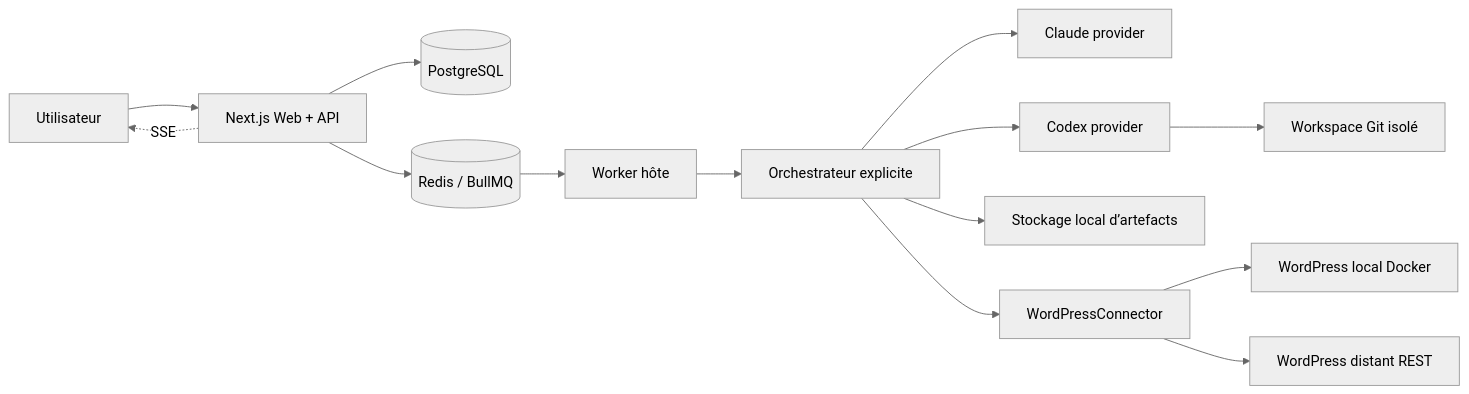
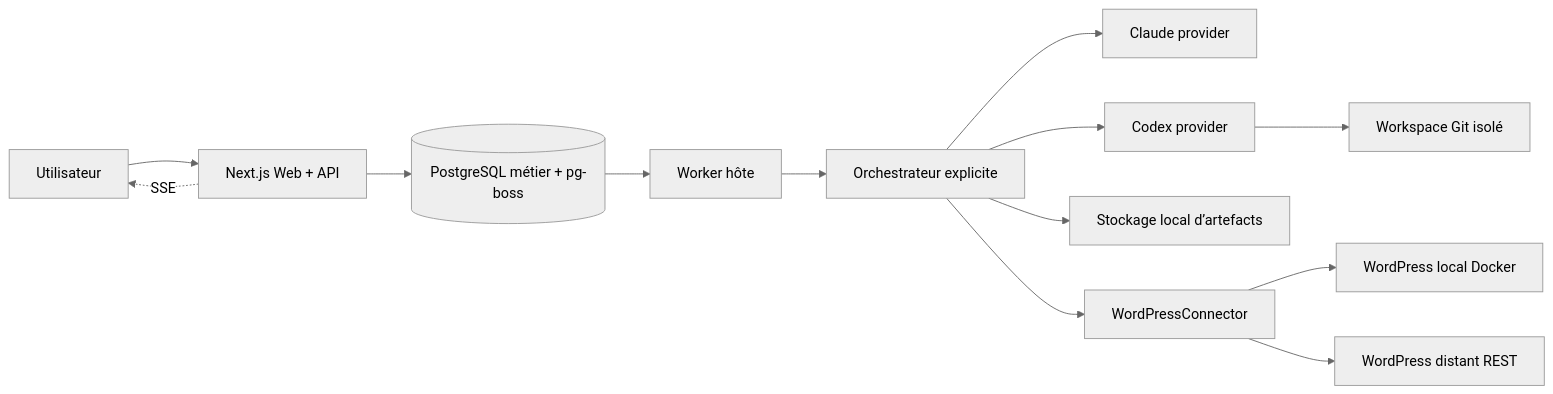
The first of 2 diagrams in docs/ARCHITECTURE.md (Axel746/wp-agent), drawn with Mermaid (neutral theme) before and after one commit. The commit also changed other lines of this file and 27 other files, not shown here.

Commit message:
refactor: replace Redis with PostgreSQL jobs

````diff
--- a/docs/ARCHITECTURE.md
+++ b/docs/ARCHITECTURE.md
@@ -3,16 +3,15 @@
 ```mermaid
 flowchart LR
     U["Utilisateur"] --> W["Next.js Web + API"]
-    W --> P[("PostgreSQL")]
-    W --> R[("Redis / BullMQ")]
-    R --> K["Worker hôte"]
+    W --> P[("PostgreSQL métier + pg-boss")]
+    P --> K["Worker hôte"]
     K --> O["Orchestrateur explicite"]
     O --> C["Claude provider"]
     O --> X["Codex provider"]
     X --> G["Workspace Git isolé"]
     O --> A["Stockage local d’artefacts"]
     O --> WP["WordPressConnector"]
     WP --> L["WordPress local Docker"]
     WP --> D["WordPress distant REST"]
     W -. "SSE" .-> U
 ```
````
